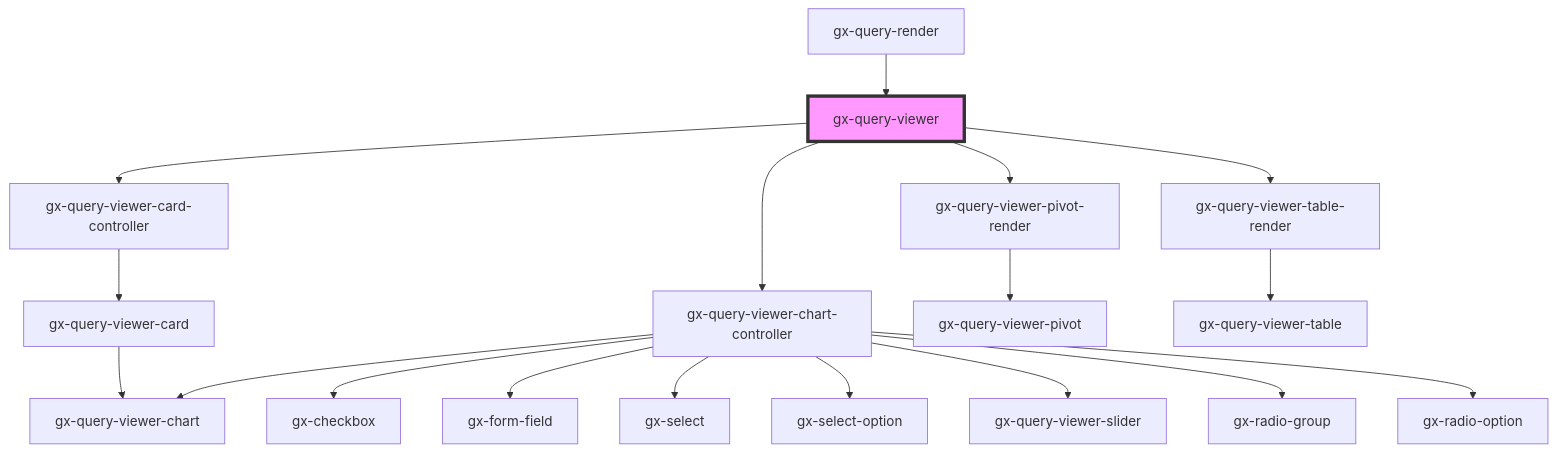
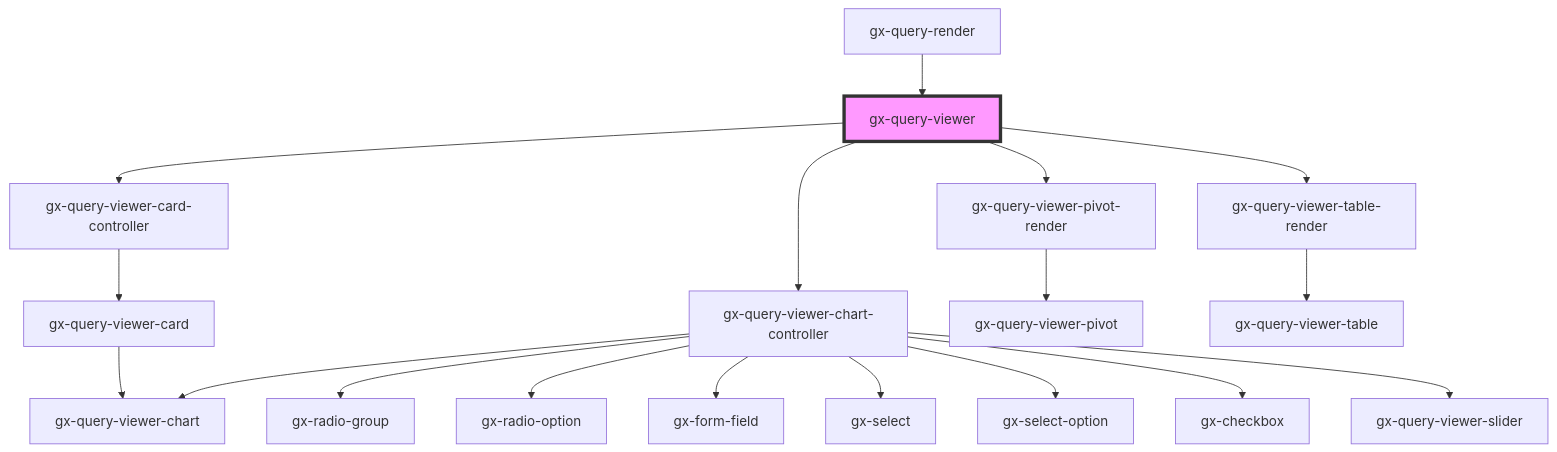
One commit to genexuslabs/reporting-controls-library changed the diagram in src/components/query-viewer/readme.md. Above: the diagram before and after it, drawn with Mermaid. The commit also changed other lines of this file and 2 other files, not shown here.

````diff
--- a/src/components/query-viewer/readme.md
+++ b/src/components/query-viewer/readme.md
@@ -106,21 +106,21 @@
 ```mermaid
 graph TD;
   gx-query-viewer --> gx-query-viewer-card-controller
   gx-query-viewer --> gx-query-viewer-chart-controller
   gx-query-viewer --> gx-query-viewer-pivot-render
   gx-query-viewer --> gx-query-viewer-table-render
   gx-query-viewer-card-controller --> gx-query-viewer-card
   gx-query-viewer-card --> gx-query-viewer-chart
-  gx-query-viewer-chart-controller --> gx-query-viewer-chart
-  gx-query-viewer-chart-controller --> gx-checkbox
+  gx-query-viewer-chart-controller --> gx-radio-group
+  gx-query-viewer-chart-controller --> gx-radio-option
   gx-query-viewer-chart-controller --> gx-form-field
   gx-query-viewer-chart-controller --> gx-select
   gx-query-viewer-chart-controller --> gx-select-option
+  gx-query-viewer-chart-controller --> gx-query-viewer-chart
+  gx-query-viewer-chart-controller --> gx-checkbox
   gx-query-viewer-chart-controller --> gx-query-viewer-slider
-  gx-query-viewer-chart-controller --> gx-radio-group
-  gx-query-viewer-chart-controller --> gx-radio-option
   gx-query-viewer-pivot-render --> gx-query-viewer-pivot
   gx-query-viewer-table-render --> gx-query-viewer-table
   gx-query-render --> gx-query-viewer
   style gx-query-viewer fill:#f9f,stroke:#333,stroke-width:4px
 ```
````
